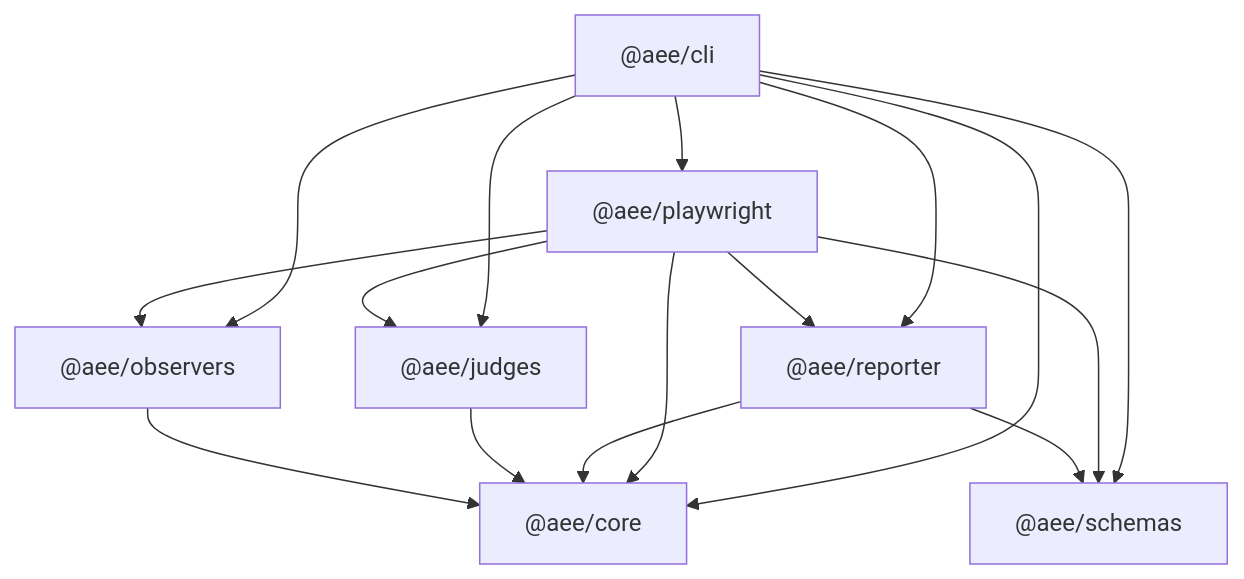
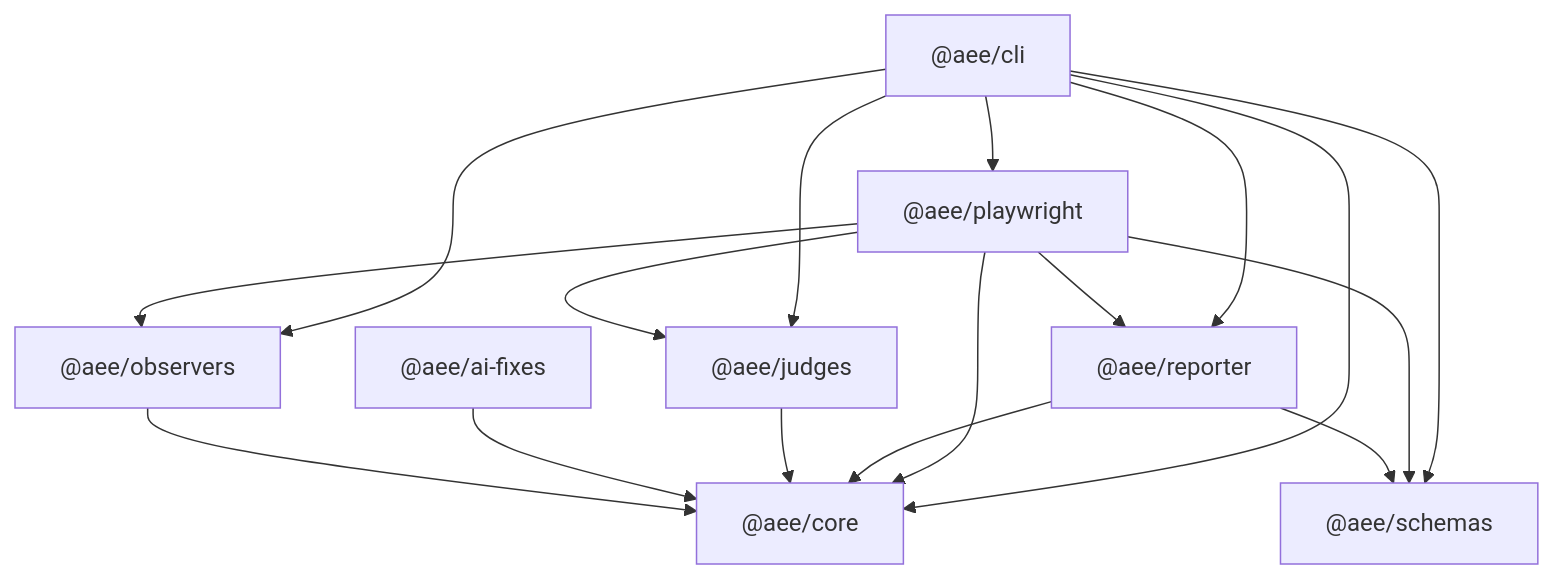
One commit to Elizabeth1979/accessibility-evidence-engine changed the diagram in docs/architecture.md. Above: the diagram before and after it, drawn with Mermaid. The commit also changed other lines of this file and 64 other files, not shown here.

Commit message:
Differentiate AEE with contextual fixes and focus evidence

````diff
--- a/docs/architecture.md
+++ b/docs/architecture.md
@@ -56,26 +60,28 @@
 ```mermaid
 graph TD
   schemas["@aee/schemas"]
   core["@aee/core"]
+  aiFixes["@aee/ai-fixes"]
   playwright["@aee/playwright"]
   observers["@aee/observers"]
   judges["@aee/judges"]
   reporter["@aee/reporter"]
   cli["@aee/cli"]
 
   observers --> core
+  aiFixes --> core
   judges --> core
   reporter --> core
   reporter --> schemas
   playwright --> core
   playwright --> schemas
   playwright --> observers
   playwright --> judges
   playwright --> reporter
   cli --> core
   cli --> schemas
   cli --> playwright
   cli --> observers
   cli --> judges
   cli --> reporter
 ```
````
